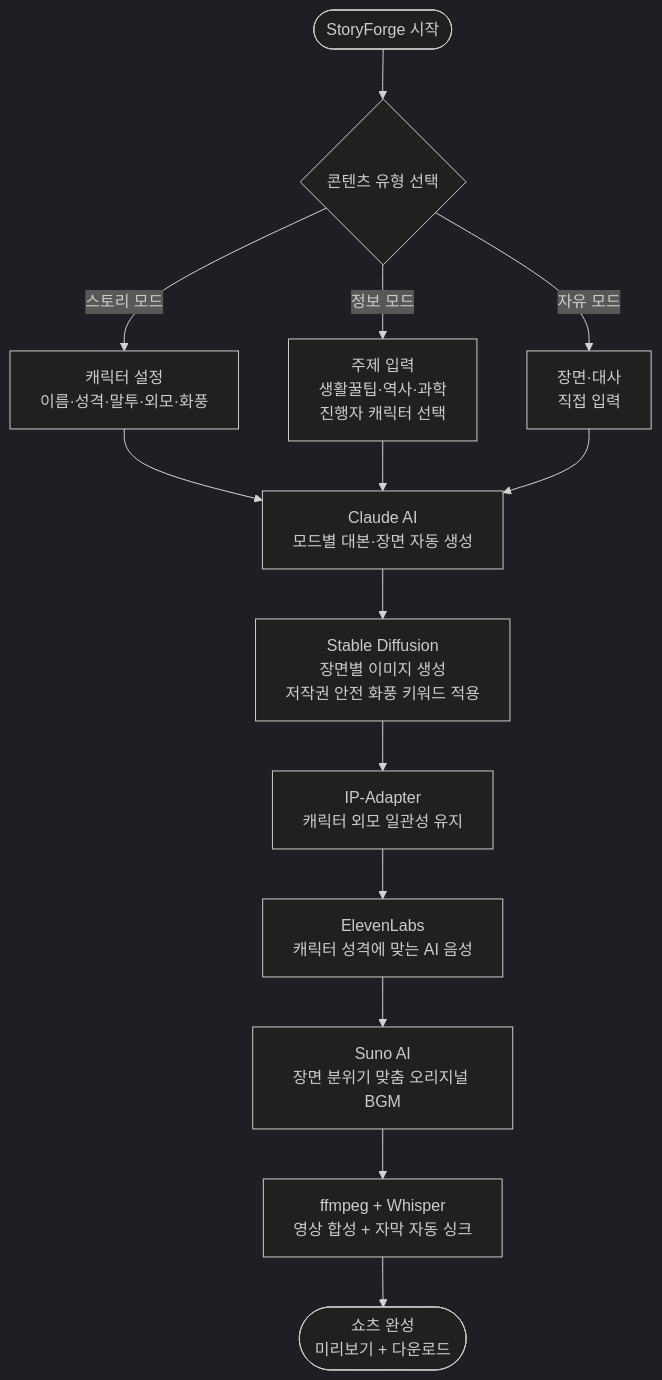
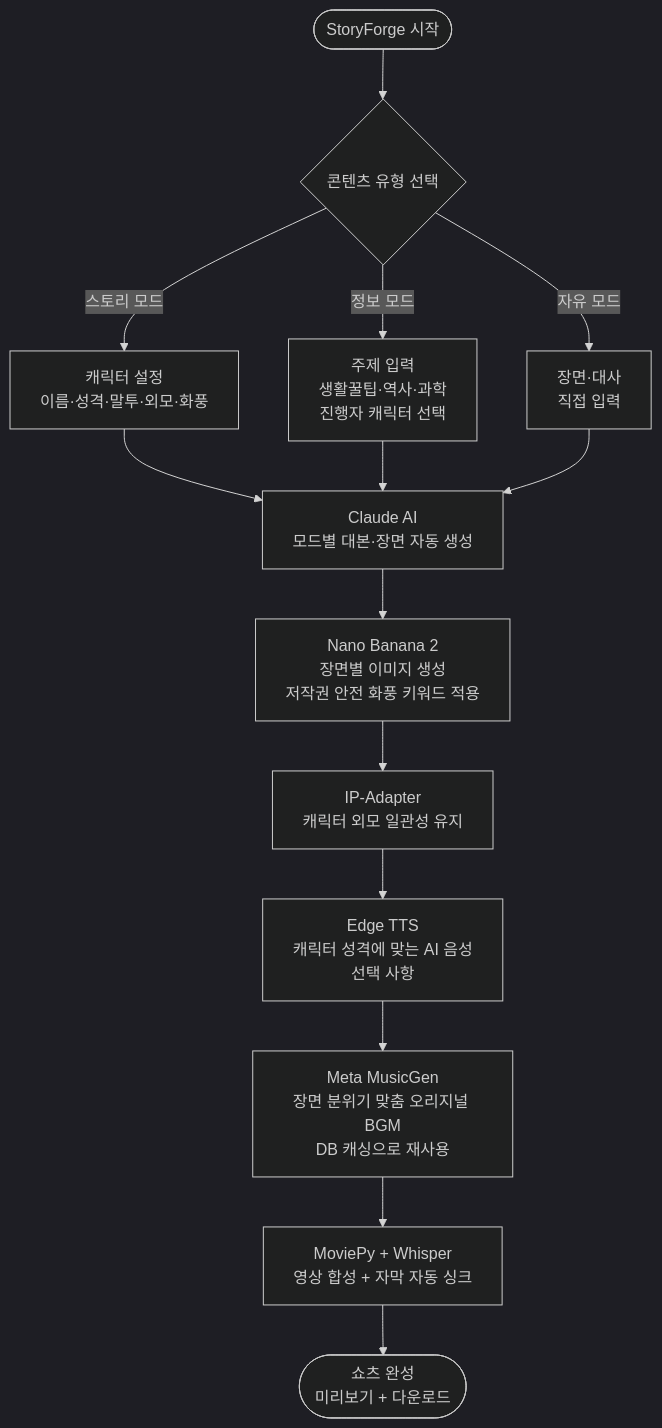
The second of 7 diagrams in README.md (Userlsj-project/storyforge), drawn with Mermaid (dark theme) before and after one commit. The commit also changed other lines of this file, not shown here.

````diff
--- a/README.md
+++ b/README.md
@@ -43,19 +43,19 @@
 ```mermaid
 flowchart TD
     A([StoryForge 시작]) --> B{콘텐츠 유형 선택}
 
     B -- 스토리 모드 --> C1[캐릭터 설정\n이름·성격·말투·외모·화풍]
     B -- 정보 모드 --> C2[주제 입력\n생활꿀팁·역사·과학\n진행자 캐릭터 선택]
     B -- 자유 모드 --> C3[장면·대사\n직접 입력]
 
     C1 --> D[Claude AI\n모드별 대본·장면 자동 생성]
     C2 --> D
     C3 --> D
 
-    D --> E[Stable Diffusion\n장면별 이미지 생성\n저작권 안전 화풍 키워드 적용]
+    D --> E[Nano Banana 2\n장면별 이미지 생성\n저작권 안전 화풍 키워드 적용]
     E --> F[IP-Adapter\n캐릭터 외모 일관성 유지]
-    F --> G[ElevenLabs\n캐릭터 성격에 맞는 AI 음성]
-    G --> H[Suno AI\n장면 분위기 맞춤 오리지널 BGM]
-    H --> I[ffmpeg + Whisper\n영상 합성 + 자막 자동 싱크]
+    F --> G[Edge TTS\n캐릭터 성격에 맞는 AI 음성\n선택 사항]
+    G --> H[Meta MusicGen\n장면 분위기 맞춤 오리지널 BGM\nDB 캐싱으로 재사용]
+    H --> I[MoviePy + Whisper\n영상 합성 + 자막 자동 싱크]
     I --> J([쇼츠 완성\n미리보기 + 다운로드])
 ```
````
